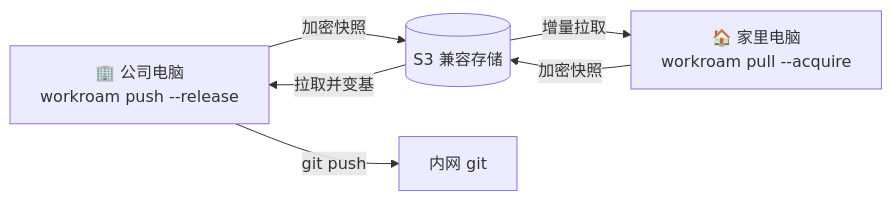
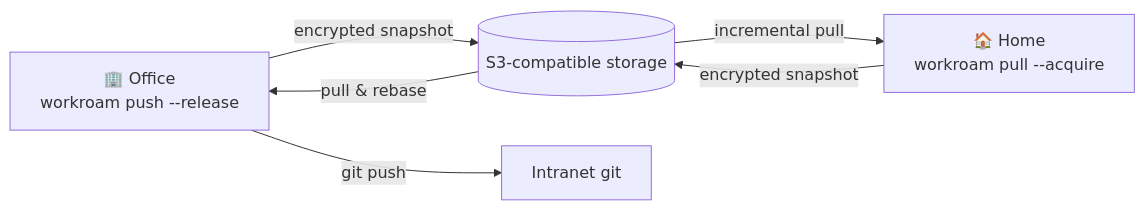
The diagram in README.md (kverona-ai/workroam), drawn with Mermaid before and after one commit. The commit also changed other lines of this file and 3 other files, not shown here.

````diff
--- a/README.md
+++ b/README.md
@@ -56,8 +56,8 @@
 ```mermaid
 flowchart LR
-    O["🏢 公司电脑<br/>workroam push --release"] -- 加密快照 --> S[("S3 兼容存储")]
-    S -- 增量拉取 --> H["🏠 家里电脑<br/>workroam pull --acquire"]
-    H -- 加密快照 --> S
-    S -- 拉取并变基 --> O
-    O -- git push --> G["内网 git"]
+    O["🏢 Office<br/>workroam push --release"] -- encrypted snapshot --> S[("S3-compatible storage")]
+    S -- incremental pull --> H["🏠 Home<br/>workroam pull --acquire"]
+    H -- encrypted snapshot --> S
+    S -- pull & rebase --> O
+    O -- git push --> G["Intranet git"]
 ```
````
